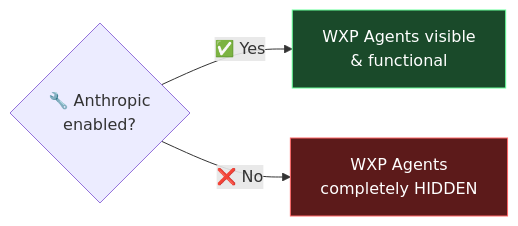
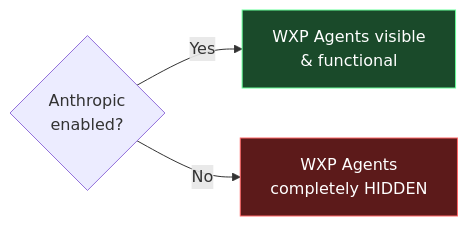
The fourth of 4 diagrams in content/blog/microsoft-365-copilot-chat-april-2026-changes-what-admins-need-to-know.md (susanthgit/aguidetocloud-revamp), drawn with Mermaid before and after one commit. The commit also changed other lines of this file, not shown here.

````diff
--- a/content/blog/microsoft-365-copilot-chat-april-2026-changes-what-admins-need-to-know.md
+++ b/content/blog/microsoft-365-copilot-chat-april-2026-changes-what-admins-need-to-know.md
@@ -188,7 +182,7 @@
 ```mermaid
 flowchart LR
-    A{"🔧 Anthropic\nenabled?"} -->|"✅ Yes"| B["WXP Agents visible\n& functional"]
-    A -->|"❌ No"| C["WXP Agents\ncompletely HIDDEN"]
+    A{"Anthropic\nenabled?"} -->|"Yes"| B["WXP Agents visible\n& functional"]
+    A -->|"No"| C["WXP Agents\ncompletely HIDDEN"]
     style B fill:#1a4a2a,stroke:#66ff99,color:#ffffff
     style C fill:#5c1a1a,stroke:#ff6666,color:#ffffff
 ```
````
